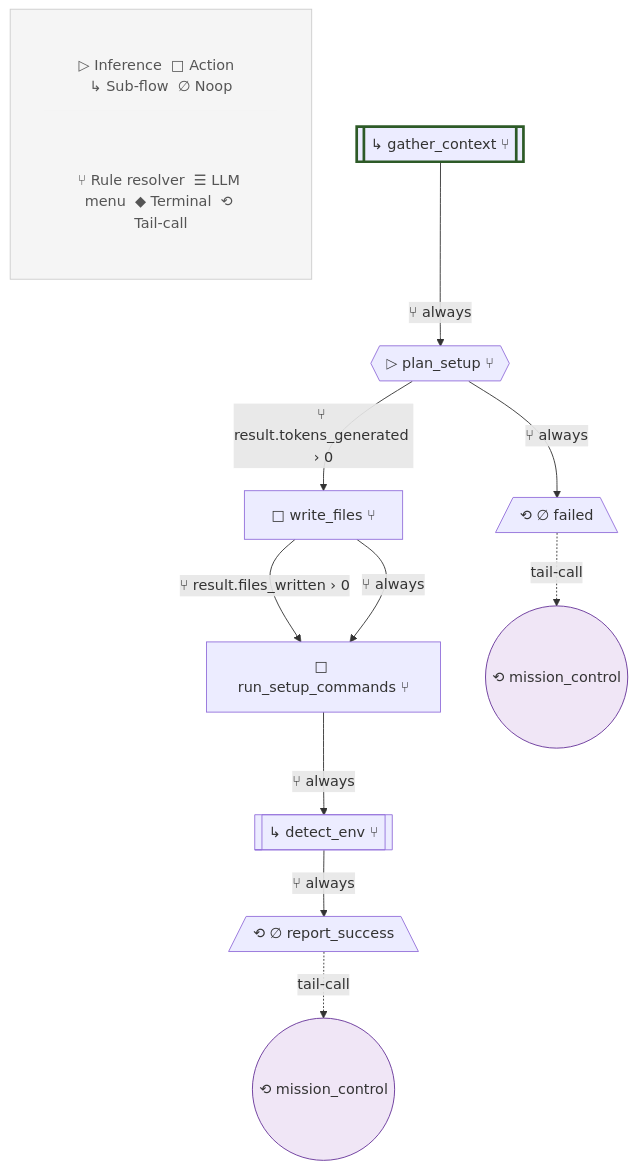
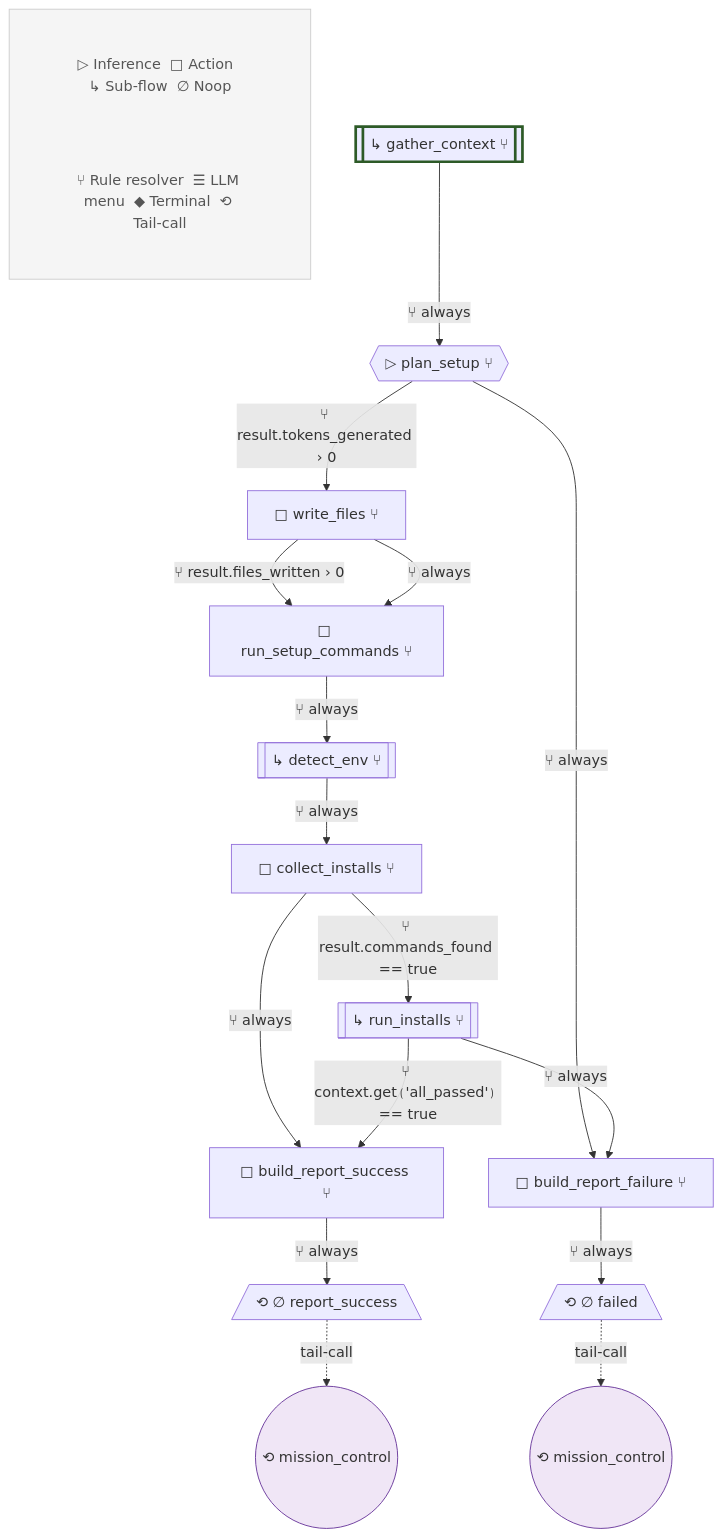
The eighth of 17 diagrams in blueprint.md (lah-rb/ouroboros), drawn with Mermaid before and after one commit. The commit also changed other lines of this file and 355 other files, not shown here.

````diff
--- a/blueprint.md
+++ b/blueprint.md
@@ -854,37 +743,47 @@
 ```mermaid
 flowchart TD
     %% project_ops v4
 
     subgraph Legend[" "]
         L1["▷ Inference  □ Action  ↳ Sub-flow  ∅ Noop"]
         L2["⑂ Rule resolver  ☰ LLM menu  ◆ Terminal  ⟲ Tail-call"]
     end
     style Legend fill:#f5f5f5,stroke:#ccc,stroke-width:1px
     style L1 fill:#f5f5f5,stroke:none,color:#555
     style L2 fill:#f5f5f5,stroke:none,color:#555
 
     gather_context[["↳ gather_context ⑂"]]
     plan_setup{{"▷ plan_setup ⑂"}}
     write_files["□ write_files ⑂"]
     run_setup_commands["□ run_setup_commands ⑂"]
     detect_env[["↳ detect_env ⑂"]]
+    collect_installs["□ collect_installs ⑂"]
+    run_installs[["↳ run_installs ⑂"]]
+    build_report_success["□ build_report_success ⑂"]
+    build_report_failure["□ build_report_failure ⑂"]
     report_success[/"⟲ ∅ report_success"\]
     failed[/"⟲ ∅ failed"\]
 
     style gather_context stroke-width:3px,stroke:#2d5a27
 
     gather_context -->|⑂ always| plan_setup
     plan_setup -->|⑂ result.tokens_generated › 0| write_files
-    plan_setup -->|⑂ always| failed
+    plan_setup -->|⑂ always| build_report_failure
     write_files -->|⑂ result.files_written › 0| run_setup_commands
     write_files -->|⑂ always| run_setup_commands
     run_setup_commands -->|⑂ always| detect_env
-    detect_env -->|⑂ always| report_success
+    detect_env -->|⑂ always| collect_installs
+    collect_installs -->|⑂ result.commands_found == true| run_installs
+    collect_installs -->|⑂ always| build_report_success
+    run_installs -->|⑂ context.get⟮'all_passed'⟯ == true| build_report_success
+    run_installs -->|⑂ always| build_report_failure
+    build_report_success -->|⑂ always| report_success
+    build_report_failure -->|⑂ always| failed
     tc_report_success(("⟲ mission_control"))
     style tc_report_success fill:#f0e6f6,stroke:#663399
     report_success -.->|tail-call| tc_report_success
     tc_failed(("⟲ mission_control"))
     style tc_failed fill:#f0e6f6,stroke:#663399
     failed -.->|tail-call| tc_failed
 
 ```
````
